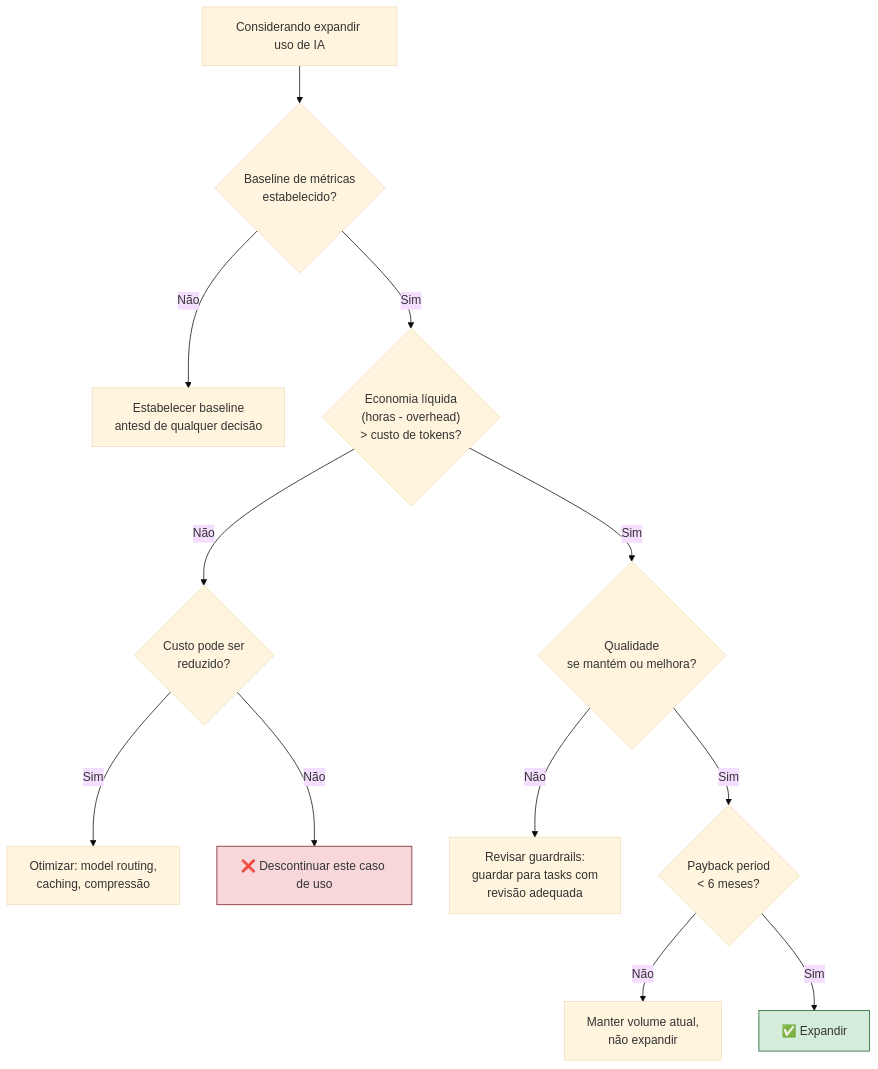
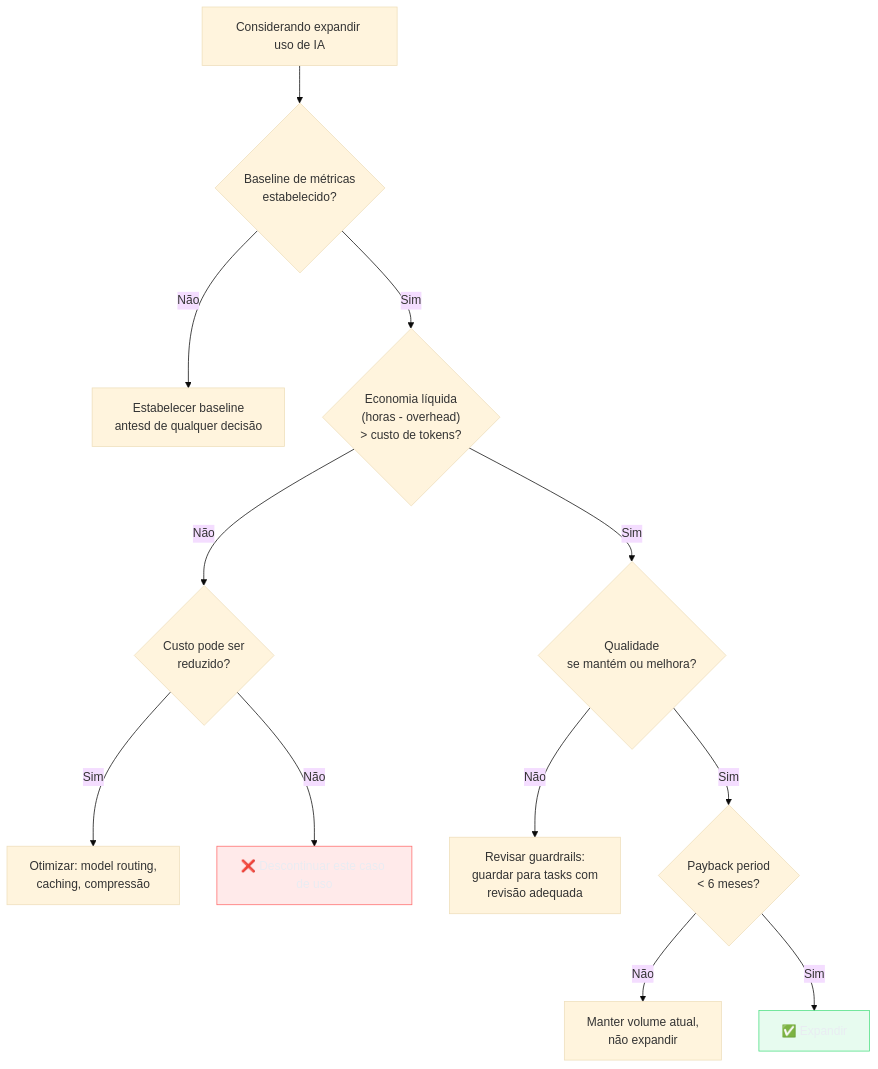
The second of 2 diagrams in 03-Dominios/Tecnologia/IA/Economia de Tokens/17 - ROI de IA — quando o agente vale o custo.md (josenaldo/codex-technomanticus), drawn with Mermaid (base theme) before and after one commit. The commit also changed other lines of this file and 1181 other files, not shown here.

First line of the commit message:
fix(diagramas): paleta do sistema no lugar de cor cravada no markdown

````diff
--- a/03-Dominios/Tecnologia/IA/Economia de Tokens/17 - ROI de IA — quando o agente vale o custo.md
+++ b/03-Dominios/Tecnologia/IA/Economia de Tokens/17 - ROI de IA — quando o agente vale o custo.md
@@ -160,17 +163,19 @@
 ```mermaid
 flowchart TD
+    classDef ok fill:#4ADE8021,stroke:#4ADE80,color:#E9ECF2
+    classDef falha fill:#FF6B6B24,stroke:#FF6B6B,color:#E9ECF2
     A["Considerando expandir uso de IA"] --> B{"Baseline de métricas\nestabelecido?"}
     B -->|"Não"| C["Estabelecer baseline\nantesd de qualquer decisão"]
     B -->|"Sim"| D{"Economia líquida\n(horas - overhead)\n> custo de tokens?"}
     D -->|"Não"| E{"Custo pode ser\nreduzido?"}
     E -->|"Sim"| F["Otimizar: model routing,\ncaching, compressão"]
     E -->|"Não"| G["❌ Descontinuar este caso de uso"]
     D -->|"Sim"| H{"Qualidade\nse mantém ou melhora?"}
     H -->|"Não"| I["Revisar guardrails:\nguardar para tasks com\nrevisão adequada"]
     H -->|"Sim"| J{"Payback period\n< 6 meses?"}
     J -->|"Não"| K["Manter volume atual,\nnão expandir"]
     J -->|"Sim"| L["✅ Expandir"]
 
-    style L fill:#d4edda,stroke:#155724
-    style G fill:#f8d7da,stroke:#721c24
+    class L ok
+    class G falha
 ```
````
